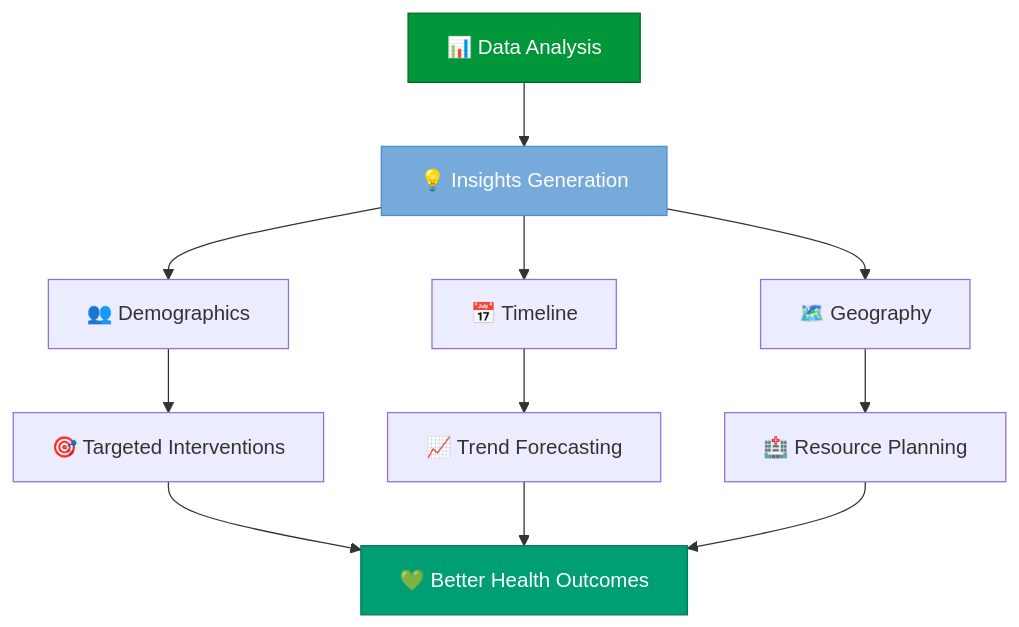
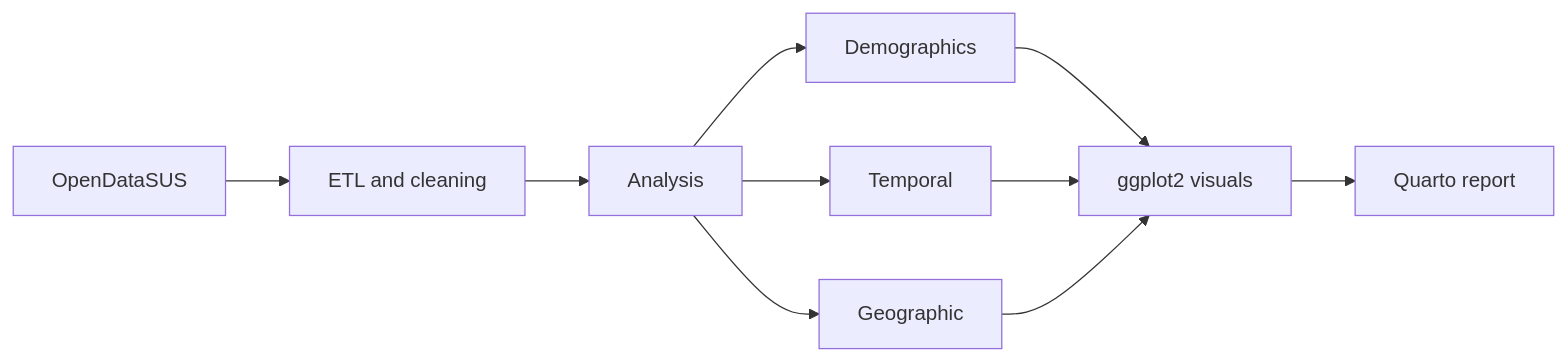
The diagram in README.md (joaogalimberti/srag-covid19-data-analysis), drawn with Mermaid before and after one commit. The commit also changed other lines of this file, not shown here.

````diff
--- a/README.md
+++ b/README.md
@@ -536,19 +46,12 @@
 ```mermaid
-graph TD
-    A[📊 Data Analysis] --> B[💡 Insights Generation]
-    B --> C[👥 Demographics]
-    B --> D[📅 Timeline]
-    B --> E[🗺️ Geography]
-    
-    C --> F[🎯 Targeted Interventions]
-    D --> G[📈 Trend Forecasting]
-    E --> H[🏥 Resource Planning]
-    
-    F --> I[💚 Better Health Outcomes]
-    G --> I
-    H --> I
-    
-    style A fill:#009639,stroke:#006622,color:#fff
-    style B fill:#75AADB,stroke:#4A90C9,color:#fff
-    style I fill:#009E73,stroke:#007A5A,color:#fff
+graph LR
+    A[OpenDataSUS] --> B[ETL and cleaning]
+    B --> C[Analysis]
+    C --> D[Demographics]
+    C --> E[Temporal]
+    C --> F[Geographic]
+    D --> G[ggplot2 visuals]
+    E --> G
+    F --> G
+    G --> H[Quarto report]
 ```
````
